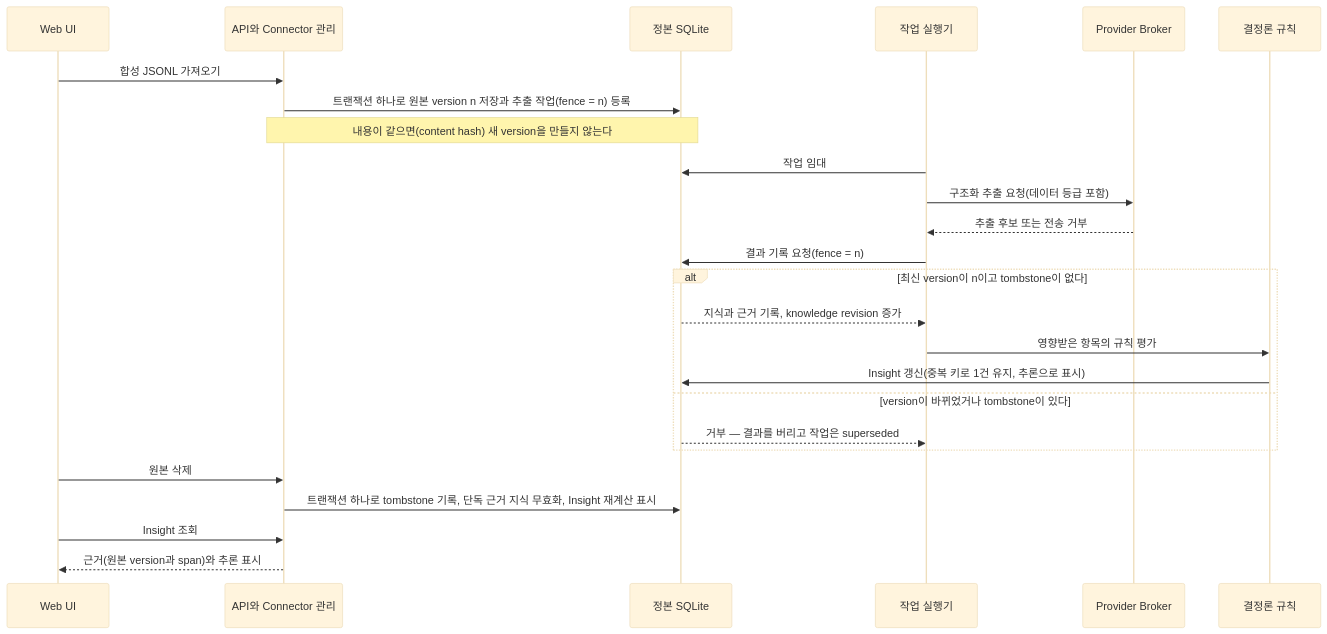
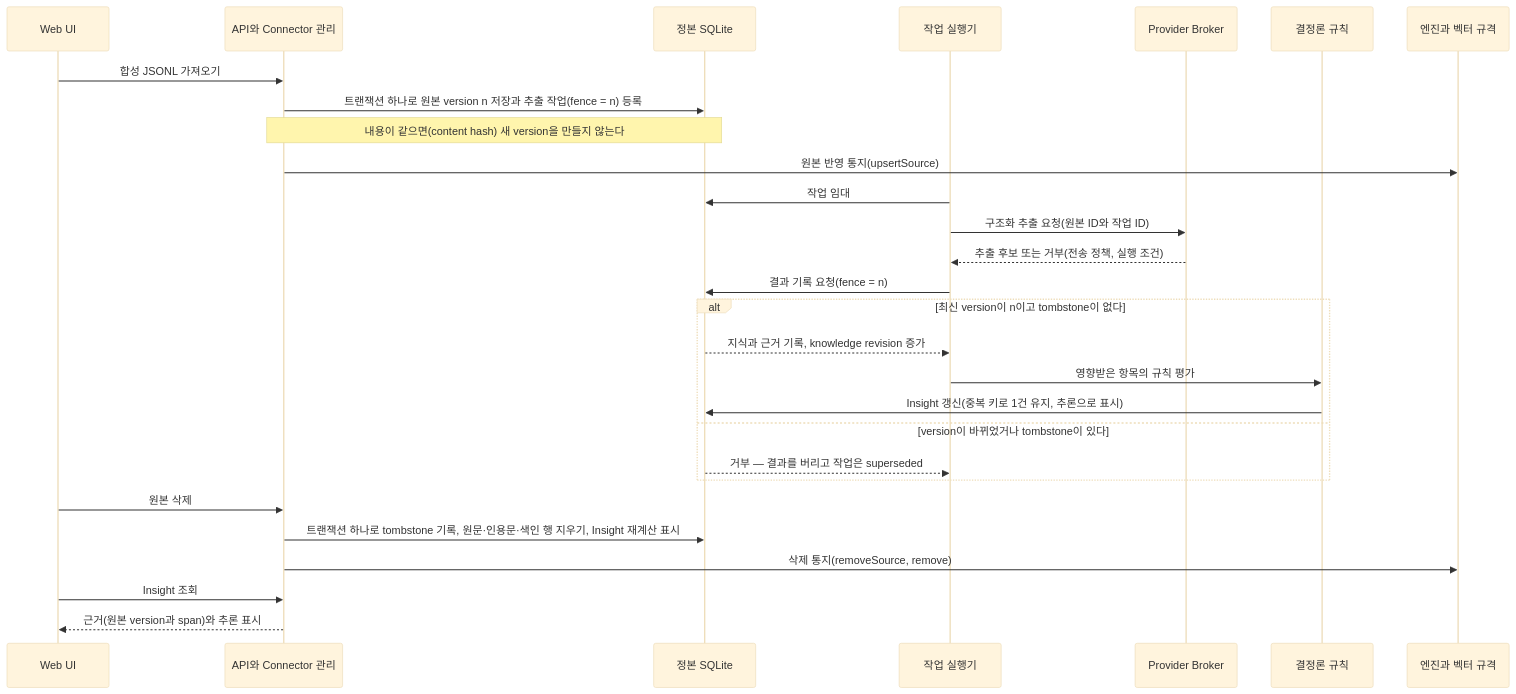
Before and after one commit to nohdol97/PKI: the second of 2 diagrams in docs/ARCHITECTURE.md, drawn with Mermaid (base theme). The commit also changed other lines of this file and 13 other files, not shown here.

````diff
--- a/docs/ARCHITECTURE.md
+++ b/docs/ARCHITECTURE.md
@@ -274,27 +324,30 @@
 ```mermaid
 sequenceDiagram
   participant UI as Web UI
   participant API as API와 Connector 관리
   participant DB as 정본 SQLite
   participant W as 작업 실행기
   participant B as Provider Broker
   participant R as 결정론 규칙
+  participant P as 엔진과 벡터 규격
   UI->>API: 합성 JSONL 가져오기
   API->>DB: 트랜잭션 하나로 원본 version n 저장과 추출 작업(fence = n) 등록
   Note over API,DB: 내용이 같으면(content hash) 새 version을 만들지 않는다
+  API->>P: 원본 반영 통지(upsertSource)
   W->>DB: 작업 임대
-  W->>B: 구조화 추출 요청(데이터 등급 포함)
-  B-->>W: 추출 후보 또는 전송 거부
+  W->>B: 구조화 추출 요청(원본 ID와 작업 ID)
+  B-->>W: 추출 후보 또는 거부(전송 정책, 실행 조건)
   W->>DB: 결과 기록 요청(fence = n)
   alt 최신 version이 n이고 tombstone이 없다
     DB-->>W: 지식과 근거 기록, knowledge revision 증가
     W->>R: 영향받은 항목의 규칙 평가
     R->>DB: Insight 갱신(중복 키로 1건 유지, 추론으로 표시)
   else version이 바뀌었거나 tombstone이 있다
     DB-->>W: 거부 — 결과를 버리고 작업은 superseded
   end
   UI->>API: 원본 삭제
-  API->>DB: 트랜잭션 하나로 tombstone 기록, 단독 근거 지식 무효화, Insight 재계산 표시
+  API->>DB: 트랜잭션 하나로 tombstone 기록, 원문·인용문·색인 행 지우기, Insight 재계산 표시
+  API->>P: 삭제 통지(removeSource, remove)
   UI->>API: Insight 조회
   API-->>UI: 근거(원본 version과 span)와 추론 표시
 ```
````
